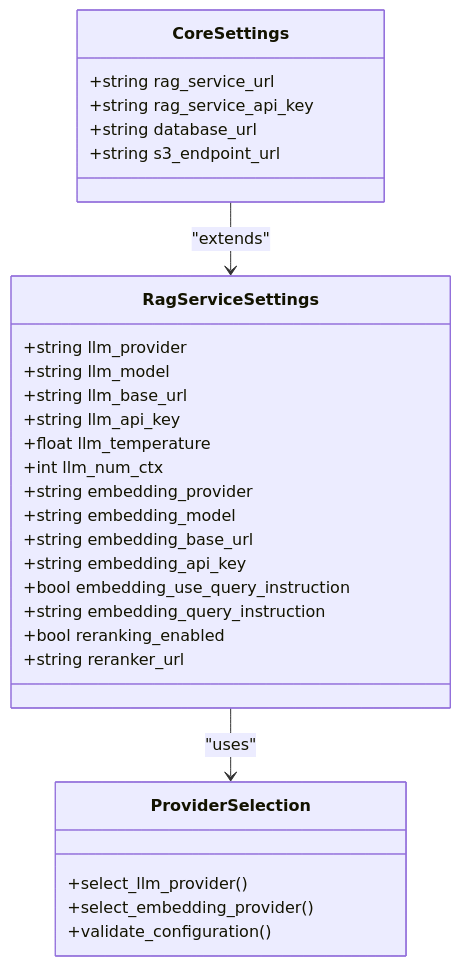
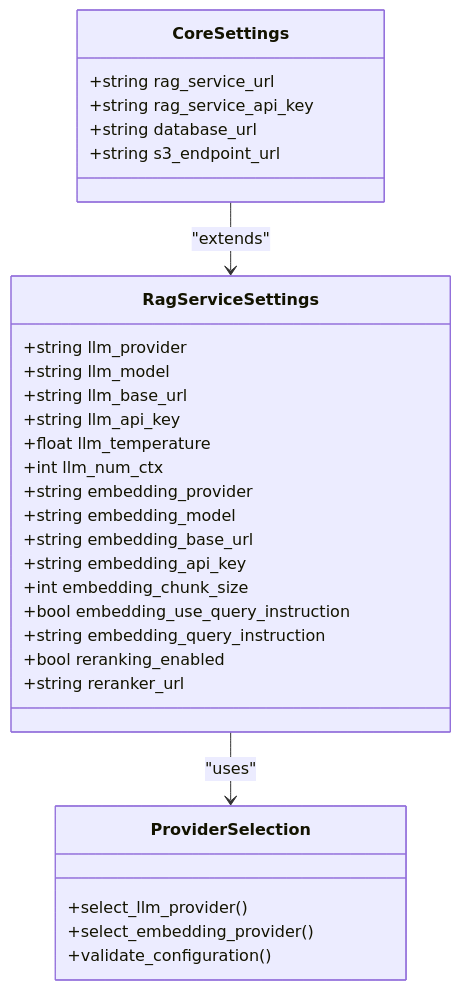
Before and after one commit to ognelis/cafetera_hr_bot: the second of 9 diagrams in .qoder/repowiki/en/content/Configuration Management/LLM Providers Configuration.md, drawn with Mermaid. The commit also changed other lines of this file and 6 other files, not shown here.

````diff
--- a/.qoder/repowiki/en/content/Configuration Management/LLM Providers Configuration.md
+++ b/.qoder/repowiki/en/content/Configuration Management/LLM Providers Configuration.md
@@ -102,32 +107,33 @@
 ```mermaid
 classDiagram
 class RagServiceSettings {
 +string llm_provider
 +string llm_model
 +string llm_base_url
 +string llm_api_key
 +float llm_temperature
 +int llm_num_ctx
 +string embedding_provider
 +string embedding_model
 +string embedding_base_url
 +string embedding_api_key
++int embedding_chunk_size
 +bool embedding_use_query_instruction
 +string embedding_query_instruction
 +bool reranking_enabled
 +string reranker_url
 }
 class CoreSettings {
 +string rag_service_url
 +string rag_service_api_key
 +string database_url
 +string s3_endpoint_url
 }
 class ProviderSelection {
 +select_llm_provider()
 +select_embedding_provider()
 +validate_configuration()
 }
 RagServiceSettings --> ProviderSelection : "uses"
 CoreSettings --> RagServiceSettings : "extends"
 ```
````
